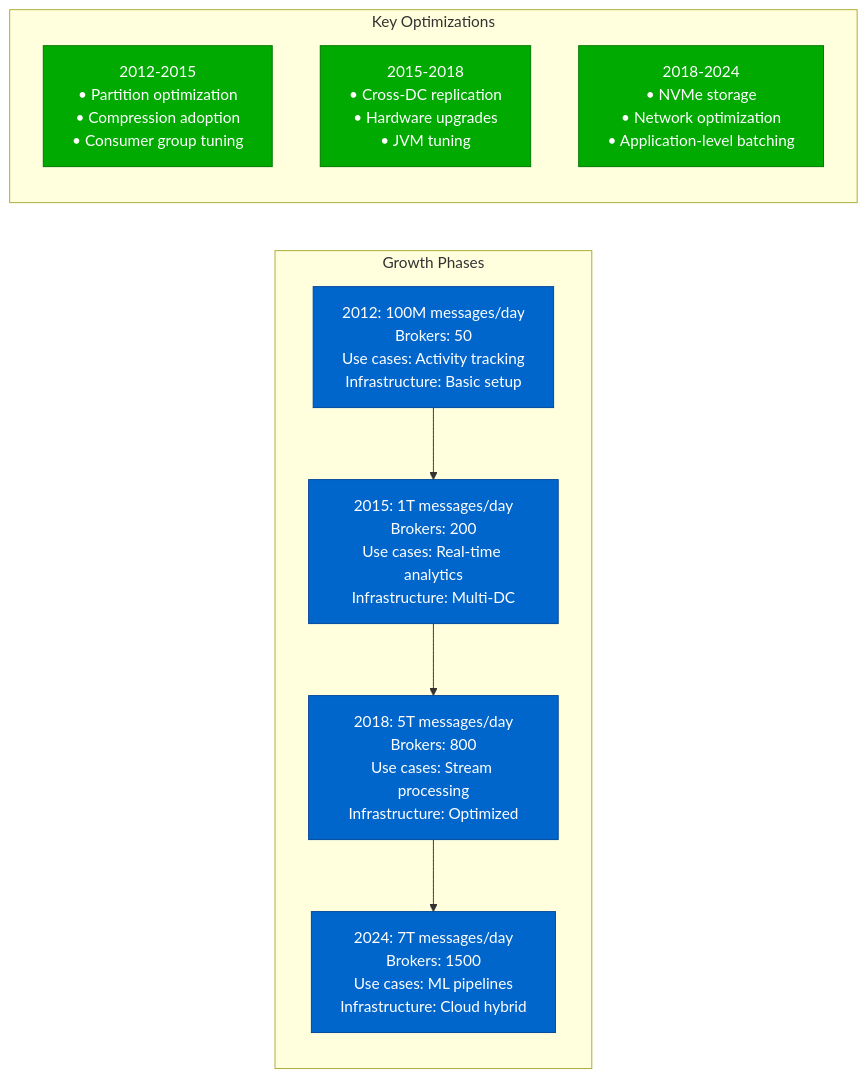
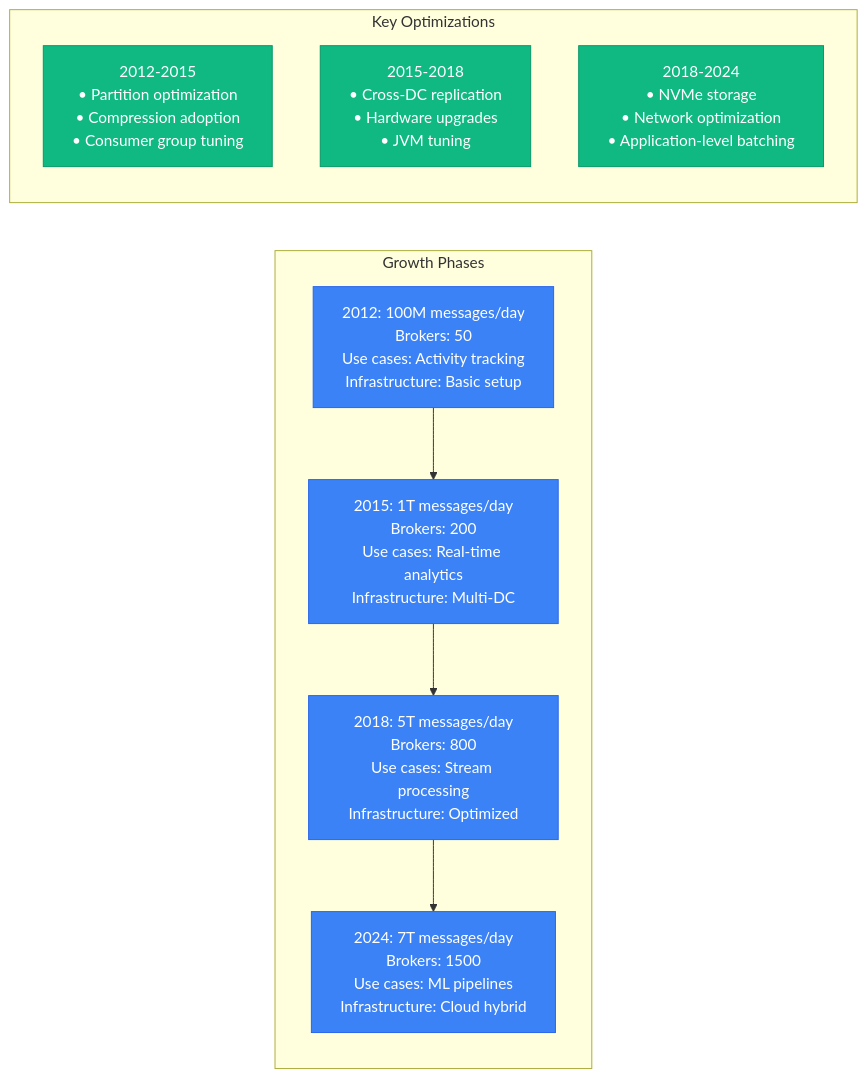
Diagram 12 of 13 in site/docs/performance/kafka-performance-profile.md (deepaucksharma/DS), drawn with Mermaid before and after one commit. The commit also changed other lines of this file and 303 other files, not shown here.

````diff
--- a/site/docs/performance/kafka-performance-profile.md
+++ b/site/docs/performance/kafka-performance-profile.md
@@ -470,28 +470,28 @@
 ```mermaid
 graph LR
     subgraph "Growth Phases"
         PHASE1[2012: 100M messages/day<br/>Brokers: 50<br/>Use cases: Activity tracking<br/>Infrastructure: Basic setup]
 
         PHASE2[2015: 1T messages/day<br/>Brokers: 200<br/>Use cases: Real-time analytics<br/>Infrastructure: Multi-DC]
 
         PHASE3[2018: 5T messages/day<br/>Brokers: 800<br/>Use cases: Stream processing<br/>Infrastructure: Optimized]
 
         PHASE4[2024: 7T messages/day<br/>Brokers: 1500<br/>Use cases: ML pipelines<br/>Infrastructure: Cloud hybrid]
 
         PHASE1 --> PHASE2 --> PHASE3 --> PHASE4
     end
 
     subgraph "Key Optimizations"
         OPT1[2012-2015<br/>• Partition optimization<br/>• Compression adoption<br/>• Consumer group tuning]
 
         OPT2[2015-2018<br/>• Cross-DC replication<br/>• Hardware upgrades<br/>• JVM tuning]
 
         OPT3[2018-2024<br/>• NVMe storage<br/>• Network optimization<br/>• Application-level batching]
     end
 
-    classDef phaseStyle fill:#0066CC,stroke:#004499,color:#fff
-    classDef optStyle fill:#00AA00,stroke:#007700,color:#fff
+    classDef phaseStyle fill:#3B82F6,stroke:#2563EB,color:#fff
+    classDef optStyle fill:#10B981,stroke:#059669,color:#fff
 
     class PHASE1,PHASE2,PHASE3,PHASE4 phaseStyle
     class OPT1,OPT2,OPT3 optStyle
 ```
````
